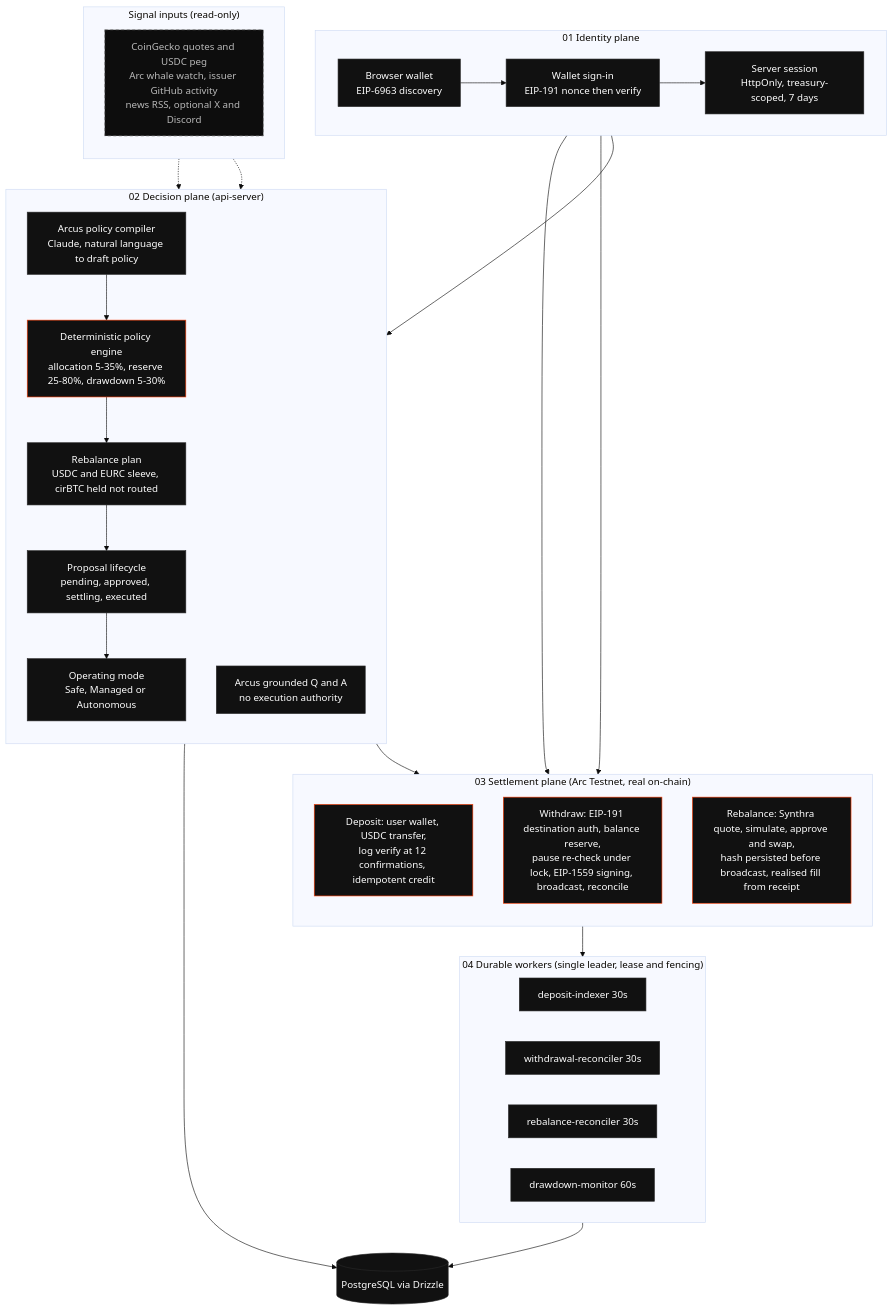
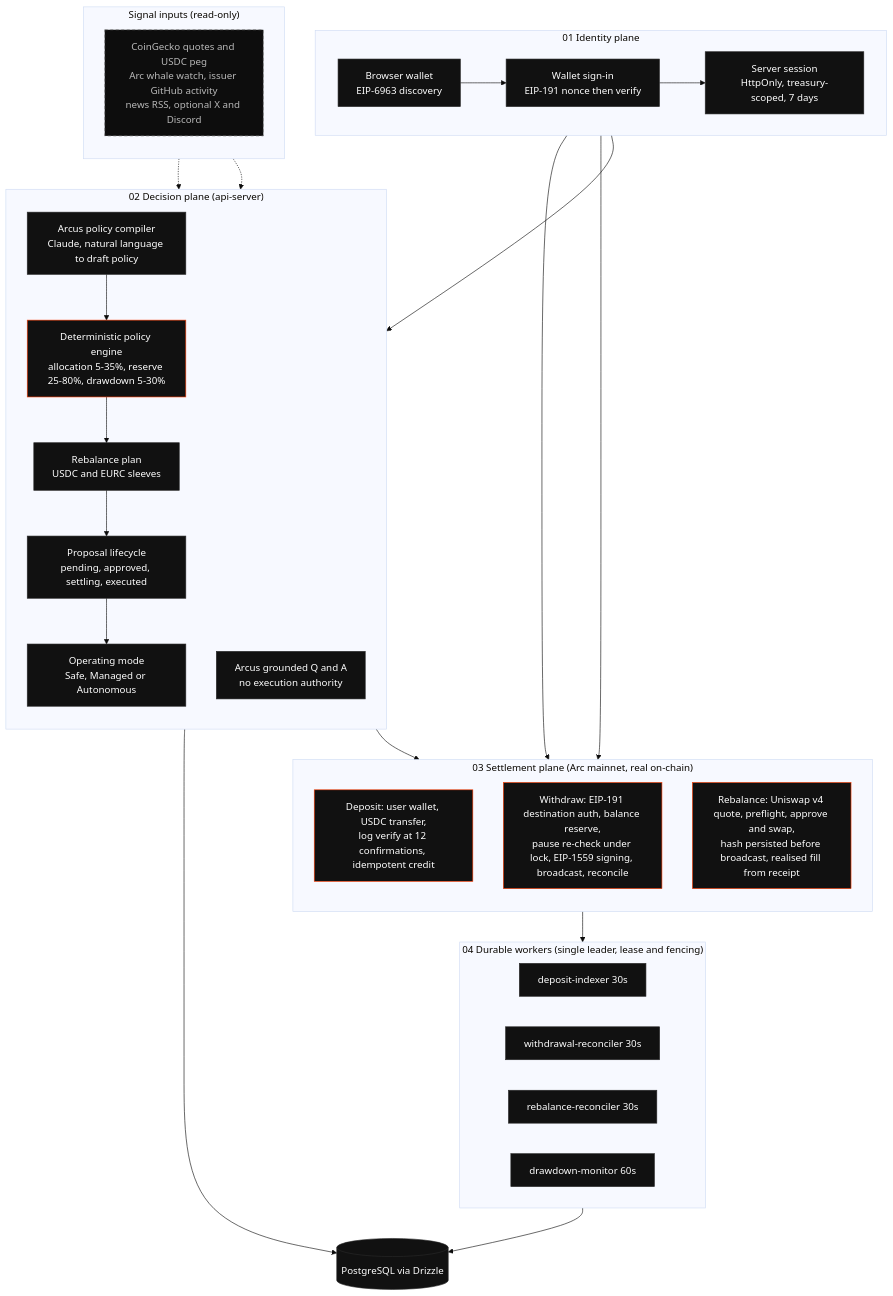
Before and after one commit to Creepy-Cr/Revo: the diagram in docs/architecture/README.md, drawn with Mermaid (base theme). The commit also changed other lines of this file and 166 other files, not shown here.

````diff
--- a/docs/architecture/README.md
+++ b/docs/architecture/README.md
@@ -34,57 +34,57 @@
 ```mermaid
 flowchart TB
   classDef real fill:#111,stroke:#FC3B00,color:#fff
   classDef plain fill:#111,stroke:#2A2A2A,color:#fff
   classDef input fill:#0D0D0D,stroke:#6B6B6B,color:#B8B8B8,stroke-dasharray:5 4
 
   subgraph IDP["01 Identity plane"]
     direction LR
     WAL["Browser wallet<br/>EIP-6963 discovery"]:::plain
     SIG["Wallet sign-in<br/>EIP-191 nonce then verify"]:::plain
     SES["Server session<br/>HttpOnly, treasury-scoped, 7 days"]:::plain
     WAL --> SIG --> SES
   end
 
   subgraph SIGNALS["Signal inputs (read-only)"]
     direction TB
     SRC["CoinGecko quotes and USDC peg<br/>Arc whale watch, issuer GitHub activity<br/>news RSS, optional X and Discord"]:::input
   end
 
   subgraph DEC["02 Decision plane (api-server)"]
     direction TB
     COMP["Arcus policy compiler<br/>Claude, natural language to draft policy"]:::plain
     QA["Arcus grounded Q and A<br/>no execution authority"]:::plain
     ENG["Deterministic policy engine<br/>allocation 5-35%, reserve 25-80%, drawdown 5-30%"]:::real
-    PLAN["Rebalance plan<br/>USDC and EURC sleeve, cirBTC held not routed"]:::plain
+    PLAN["Rebalance plan<br/>USDC and EURC sleeves"]:::plain
     PROP["Proposal lifecycle<br/>pending, approved, settling, executed"]:::plain
     MODE["Operating mode<br/>Safe, Managed or Autonomous"]:::plain
     COMP --> ENG --> PLAN --> PROP --> MODE
   end
 
-  subgraph SET["03 Settlement plane (Arc Testnet, real on-chain)"]
+  subgraph SET["03 Settlement plane (Arc mainnet, real on-chain)"]
     direction TB
     DEP["Deposit: user wallet, USDC transfer,<br/>log verify at 12 confirmations, idempotent credit"]:::real
     WDR["Withdraw: EIP-191 destination auth, balance reserve,<br/>pause re-check under lock, EIP-1559 signing, broadcast, reconcile"]:::real
-    REB["Rebalance: Synthra quote, simulate, approve and swap,<br/>hash persisted before broadcast, realised fill from receipt"]:::real
+    REB["Rebalance: Uniswap v4 quote, preflight, approve and swap,<br/>hash persisted before broadcast, realised fill from receipt"]:::real
   end
 
   subgraph WRK["04 Durable workers (single leader, lease and fencing)"]
     direction LR
     IDX["deposit-indexer 30s"]:::plain
     REC["withdrawal-reconciler 30s"]:::plain
     RBR["rebalance-reconciler 30s"]:::plain
     DDM["drawdown-monitor 60s"]:::plain
   end
 
   DB[("PostgreSQL via Drizzle")]:::plain
 
   SES --> DEC
   SRC -.-> QA
   SRC -.-> ENG
   MODE --> REB
   SES --> DEP
   SES --> WDR
   SET --> WRK
   WRK --> DB
   DEC --> DB
 ```
````
